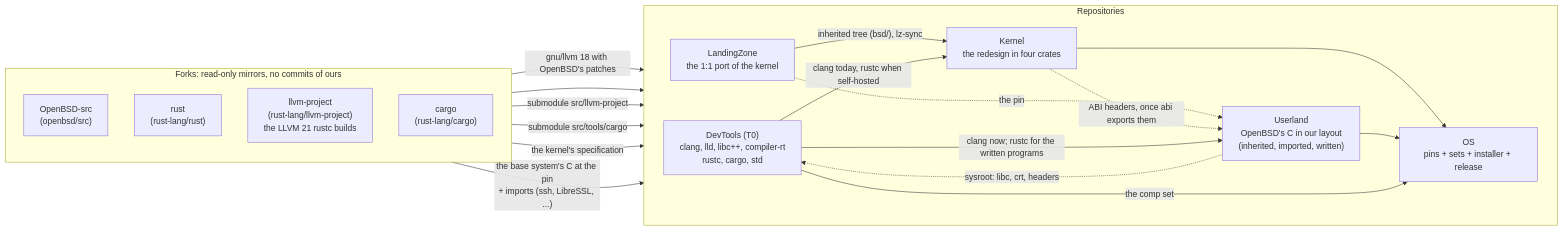
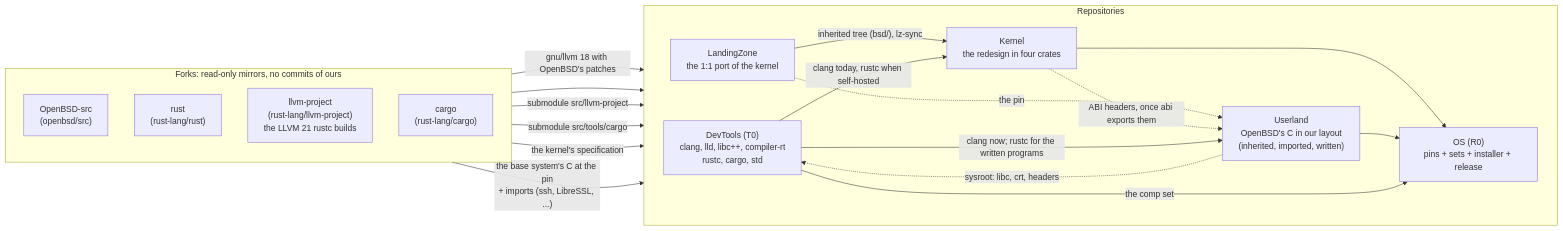
The first of 3 diagrams in docs/architecture.md (EmiBSD/Governance), drawn with Mermaid before and after one commit. The commit also changed other lines of this file and 9 other files, not shown here.

````diff
--- a/docs/architecture.md
+++ b/docs/architecture.md
@@ -11,38 +11,38 @@
 ```mermaid
 flowchart LR
     subgraph forks["Forks: read-only mirrors, no commits of ours"]
         direction TB
         obsd["OpenBSD-src<br/>(openbsd/src)"]
         rust["rust<br/>(rust-lang/rust)"]
         llvmrs["llvm-project<br/>(rust-lang/llvm-project)<br/>the LLVM 21 rustc builds"]
         cargo["cargo<br/>(rust-lang/cargo)"]
     end
 
     subgraph repos["Repositories"]
         direction LR
         dev["DevTools (T0)<br/>clang, lld, libc++, compiler-rt<br/>rustc, cargo, std"]
         lz["LandingZone<br/>the 1:1 port of the kernel"]
         ul["Userland<br/>OpenBSD's C in our layout<br/>(inherited, imported, written)"]
         k["Kernel<br/>the redesign in four crates"]
-        os["OS<br/>pins + sets + installer + release"]
+        os["OS (R0)<br/>pins + sets + installer + release"]
     end
 
     obsd -- "gnu/llvm 18 with OpenBSD's patches" --> dev
     rust --> dev
     llvmrs -- "submodule src/llvm-project" --> dev
     cargo -- "submodule src/tools/cargo" --> dev
 
     obsd -- "the kernel's specification" --> lz
     obsd -- "the base system's C at the pin<br/>+ imports (ssh, LibreSSL, ...)" --> ul
     lz -- "inherited tree (bsd/), lz-sync" --> k
     lz -. "the pin" .-> ul
     k -. "ABI headers, once abi exports them" .-> ul
 
     dev -- "clang now; rustc for the written programs" --> ul
     dev -- "clang today, rustc when self-hosted" --> k
     ul -. "sysroot: libc, crt, headers" .-> dev
 
     k --> os
     ul --> os
     dev -- "the comp set" --> os
 ```
````
